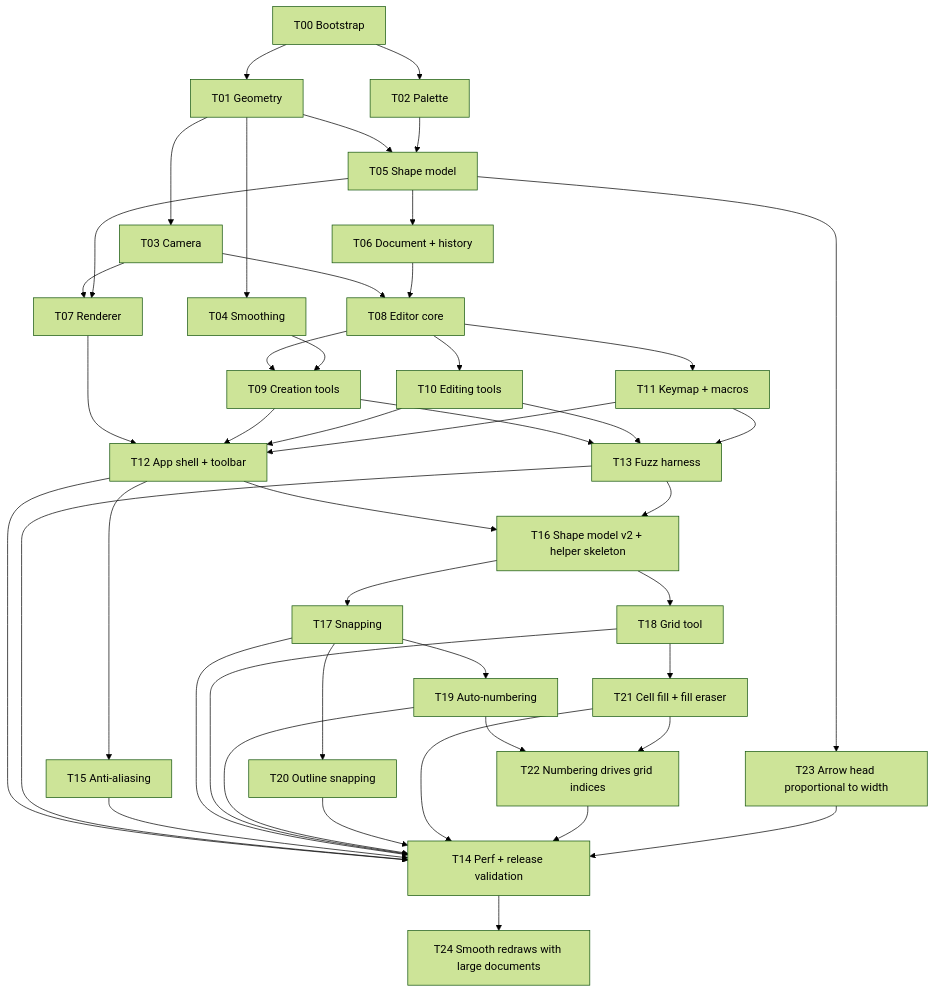
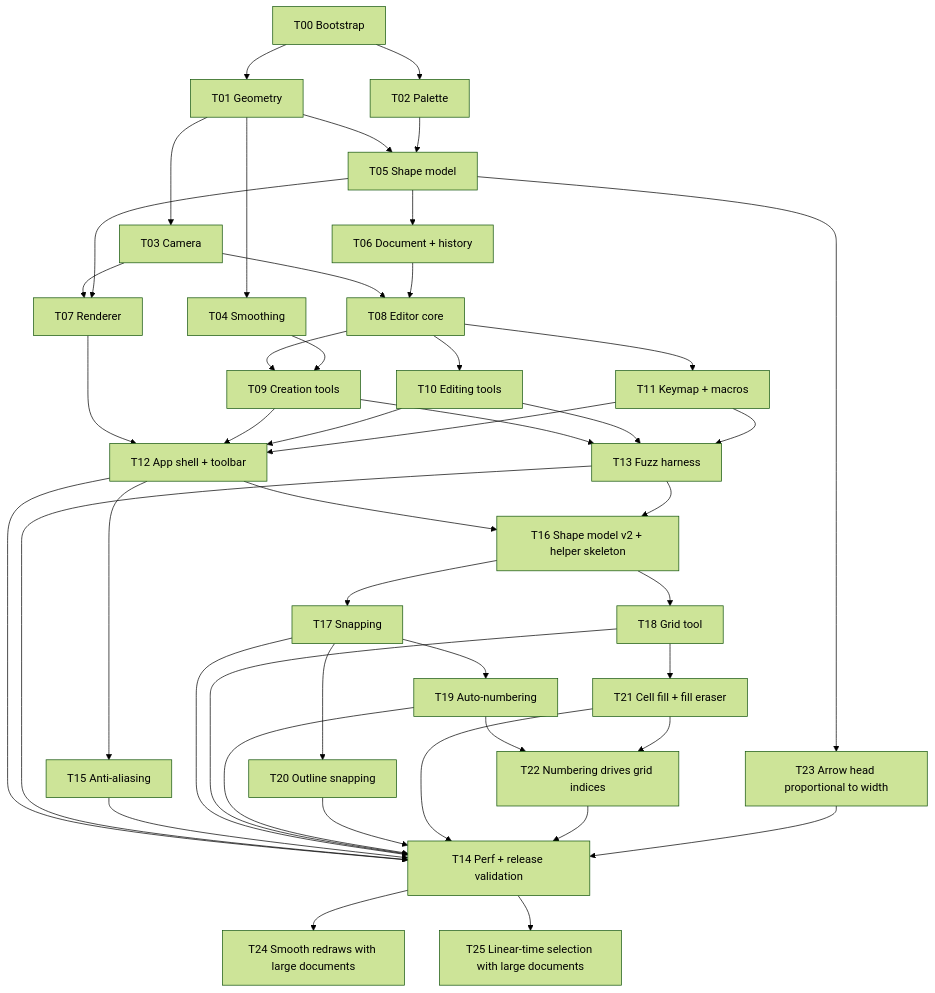
Before and after one commit to UmBender/draw: the diagram in docs/tasks/Task Board.md, drawn with Mermaid (forest theme). The commit also changed other lines of this file and 1 other file, not shown here.

First line of the commit message:
docs: add T25 task note for linear-time selection

````diff
--- a/docs/tasks/Task Board.md
+++ b/docs/tasks/Task Board.md
@@ -12,47 +12,48 @@
 ```mermaid
 flowchart TD
   T00[T00 Bootstrap] --> T01[T01 Geometry]
   T00 --> T02[T02 Palette]
   T01 --> T03[T03 Camera]
   T01 --> T04[T04 Smoothing]
   T01 --> T05[T05 Shape model]
   T02 --> T05
   T05 --> T06[T06 Document + history]
   T03 --> T07[T07 Renderer]
   T05 --> T07
   T03 --> T08[T08 Editor core]
   T06 --> T08
   T08 --> T09[T09 Creation tools]
   T04 --> T09
   T08 --> T10[T10 Editing tools]
   T08 --> T11[T11 Keymap + macros]
   T07 --> T12[T12 App shell + toolbar]
   T09 --> T12
   T10 --> T12
   T11 --> T12
   T09 --> T13[T13 Fuzz harness]
   T10 --> T13
   T11 --> T13
   T12 --> T14[T14 Perf + release validation]
   T13 --> T14
   T12 --> T15[T15 Anti-aliasing]
   T12 --> T16[T16 Shape model v2 + helper skeleton]
   T13 --> T16
   T16 --> T17[T17 Snapping]
   T16 --> T18[T18 Grid tool]
   T17 --> T19[T19 Auto-numbering]
   T17 --> T20[T20 Outline snapping]
   T15 --> T14
   T17 --> T14
   T18 --> T14
   T19 --> T14
   T20 --> T14
   T18 --> T21[T21 Cell fill + fill eraser]
   T21 --> T14
   T19 --> T22[T22 Numbering drives grid indices]
   T21 --> T22
   T22 --> T14
   T05 --> T23[T23 Arrow head proportional to width]
   T23 --> T14
   T14 --> T24[T24 Smooth redraws with large documents]
+  T14 --> T25[T25 Linear-time selection with large documents]
 ```
````
